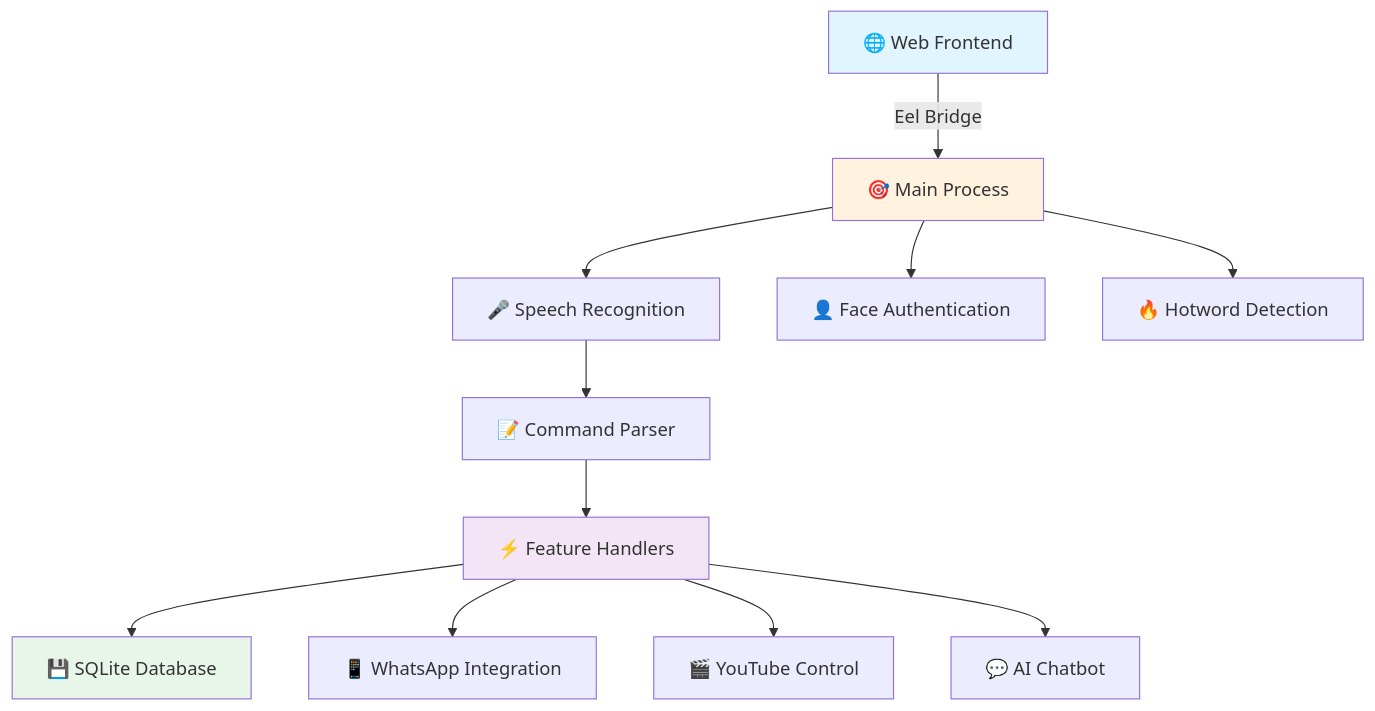
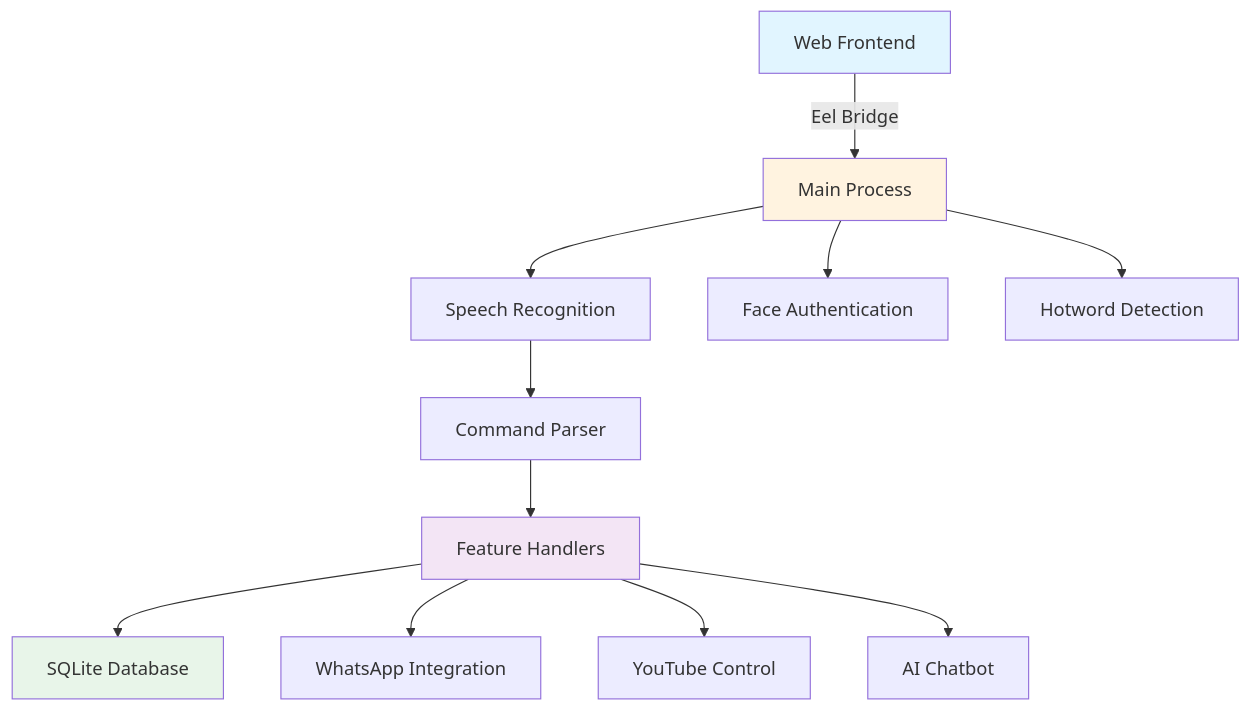
The diagram in README.md (vannu07/jarvis), drawn with Mermaid before and after one commit. The commit also changed other lines of this file, not shown here.

````diff
--- a/README.md
+++ b/README.md
@@ -113,18 +102,18 @@
 ```mermaid
 graph TD
-    A[🌐 Web Frontend] -->|Eel Bridge| B[🎯 Main Process]
-    B --> C[🎤 Speech Recognition]
-    B --> D[👤 Face Authentication]
-    B --> E[🔥 Hotword Detection]
-    C --> F[📝 Command Parser]
-    F --> G[⚡ Feature Handlers]
-    G --> H[💾 SQLite Database]
-    G --> I[📱 WhatsApp Integration]
-    G --> J[🎬 YouTube Control]
-    G --> K[💬 AI Chatbot]
+    A[Web Frontend] -->|Eel Bridge| B[Main Process]
+    B --> C[Speech Recognition]
+    B --> D[Face Authentication]
+    B --> E[Hotword Detection]
+    C --> F[Command Parser]
+    F --> G[Feature Handlers]
+    G --> H[SQLite Database]
+    G --> I[WhatsApp Integration]
+    G --> J[YouTube Control]
+    G --> K[AI Chatbot]
     
     style A fill:#e1f5ff
     style B fill:#fff3e0
     style G fill:#f3e5f5
     style H fill:#e8f5e9
 ```
````
